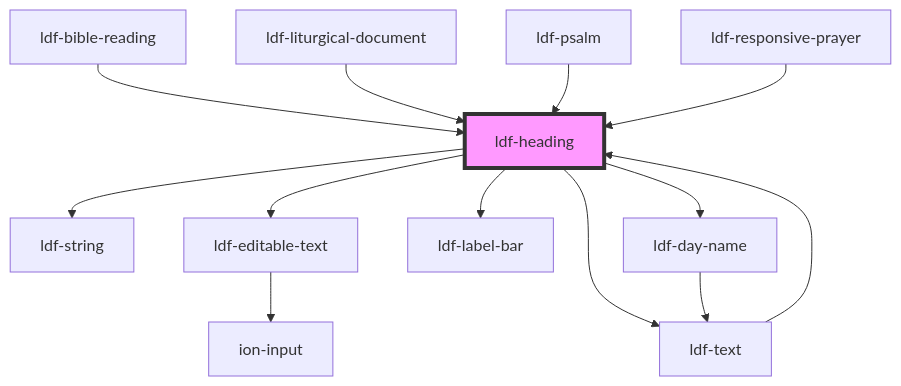
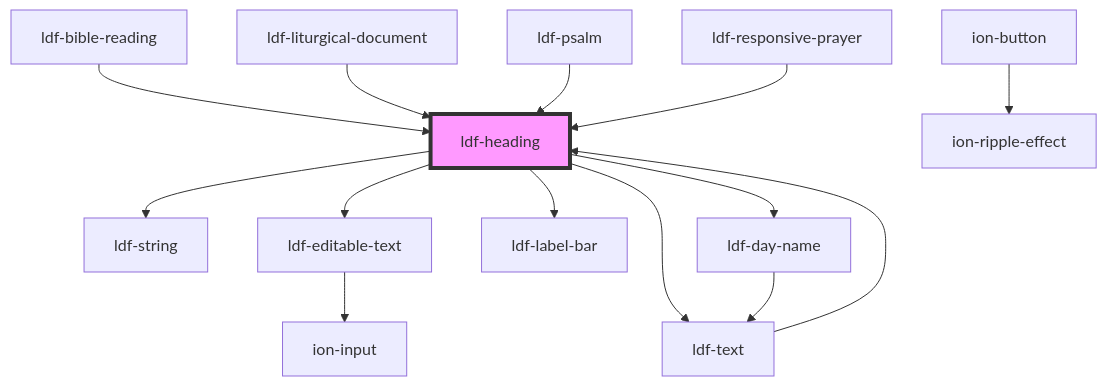
Before and after one commit to gbj/venite: the diagram in components/src/components/heading/readme.md, drawn with Mermaid. The commit also changed 111 other files, not shown here.

````diff
--- a/components/src/components/heading/readme.md
+++ b/components/src/components/heading/readme.md
@@ -36,16 +36,17 @@
 ```mermaid
 graph TD;
   ldf-heading --> ldf-string
   ldf-heading --> ldf-editable-text
   ldf-heading --> ldf-label-bar
   ldf-heading --> ldf-day-name
   ldf-heading --> ldf-text
   ldf-editable-text --> ion-input
   ldf-day-name --> ldf-text
   ldf-text --> ldf-heading
+  ion-button --> ion-ripple-effect
   ldf-bible-reading --> ldf-heading
   ldf-liturgical-document --> ldf-heading
   ldf-psalm --> ldf-heading
   ldf-responsive-prayer --> ldf-heading
   style ldf-heading fill:#f9f,stroke:#333,stroke-width:4px
 ```
````
